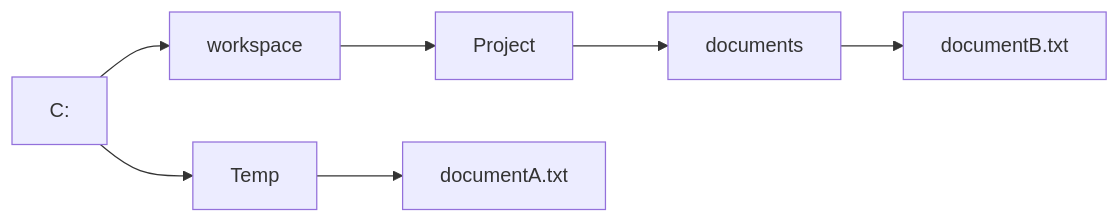
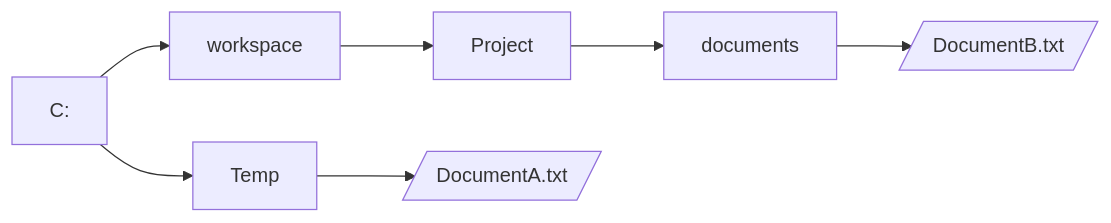
The diagram in docs/documentation/java-api/files.md (jappuccini/java-docs), drawn with Mermaid before and after one commit. The commit also changed other lines of this file, not shown here.

````diff
--- a/docs/documentation/java-api/files.md
+++ b/docs/documentation/java-api/files.md
@@ -40,9 +44,9 @@
 ```mermaid
 flowchart LR
     c[C:] --> workspace
     c --> temp[Temp]
     workspace[workspace] --> project
-    temp --> documentA[documentA.txt]
+    temp --> documentA[/DocumentA.txt/]
     project[Project] --> documents        
-    documents[documents] --> documentB[documentB.txt]
+    documents[documents] --> documentB[/DocumentB.txt/]
 ```
````
